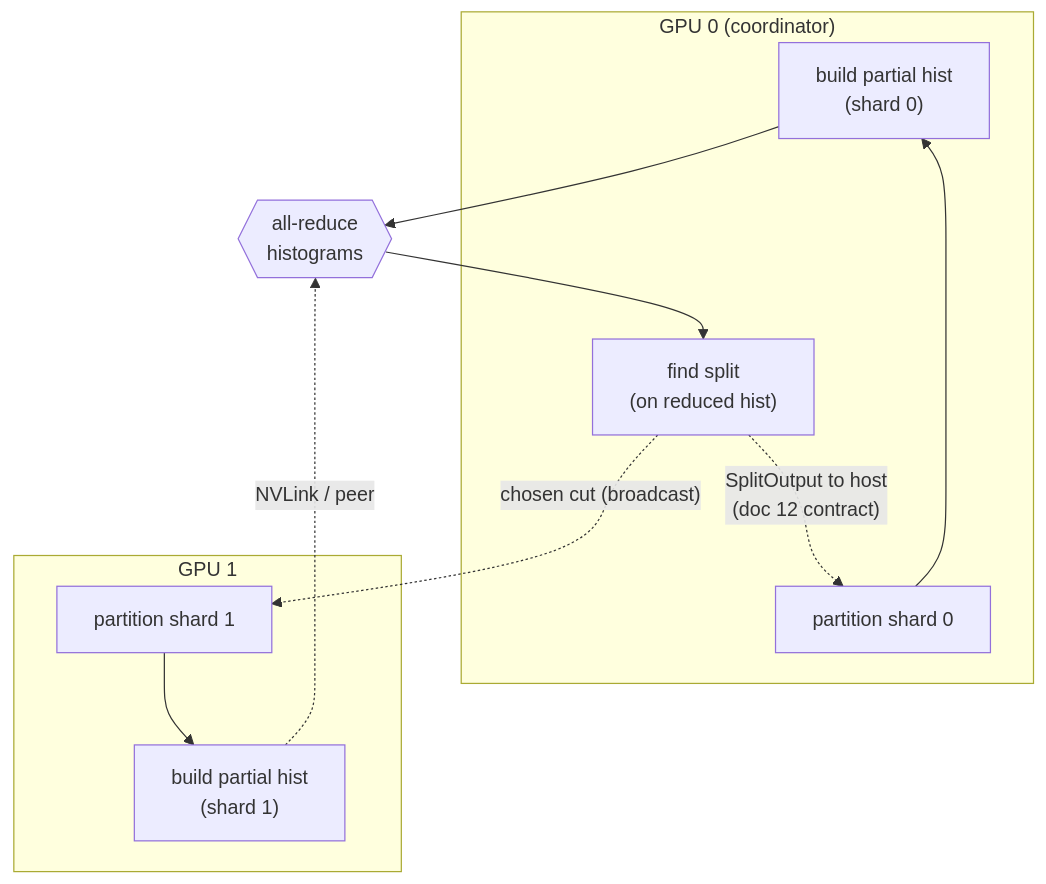
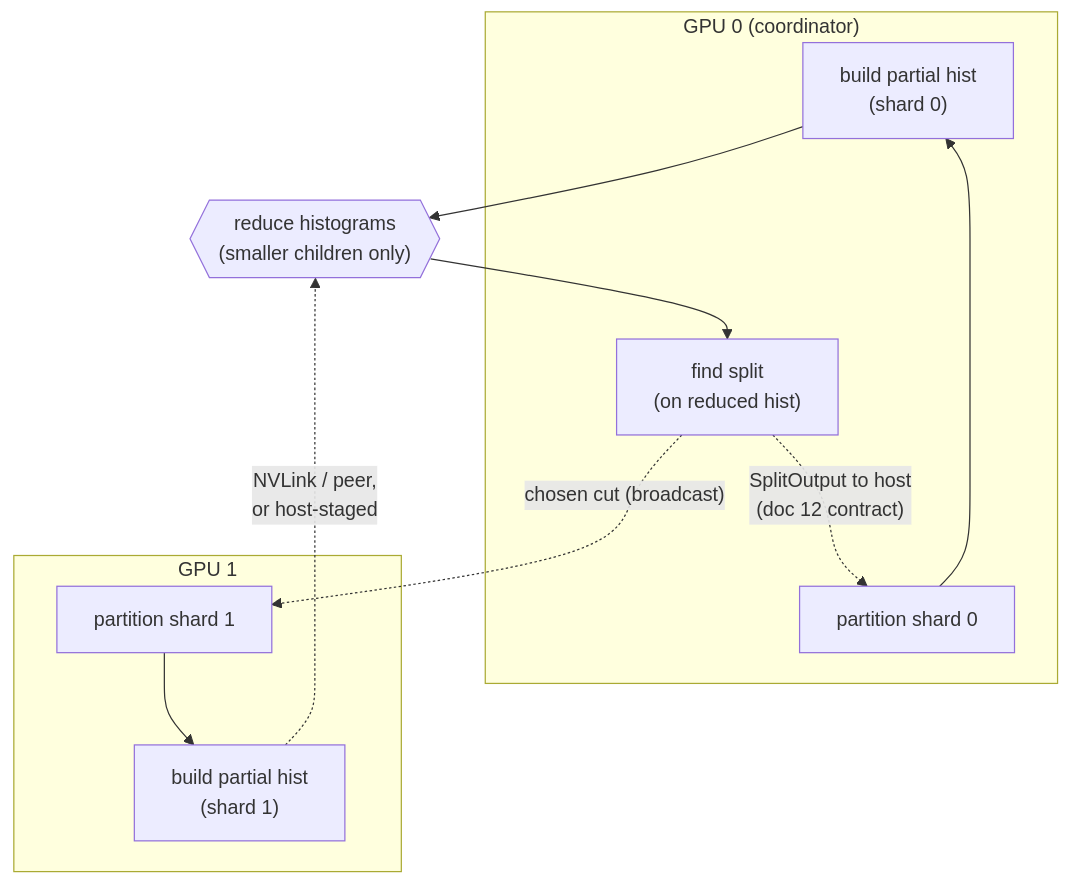
Before and after one commit to daniel-m-campos/bonsai: the diagram in docs/architecture/19-multi-gpu.md, drawn with Mermaid. The commit also changed other lines of this file, not shown here.

First line of the commit message:
docs(architecture): doc 19 review amendments, reduce-not-all-reduce + no-P2P fallback + validation hardware

````diff
--- a/docs/architecture/19-multi-gpu.md
+++ b/docs/architecture/19-multi-gpu.md
@@ -28,19 +30,19 @@
 ```mermaid
 flowchart TD
     subgraph d0 ["GPU 0 (coordinator)"]
         B0["build partial hist\n(shard 0)"]
         F0["find split\n(on reduced hist)"]
         P0["partition shard 0"]
     end
     subgraph d1 ["GPU 1"]
         B1["build partial hist\n(shard 1)"]
         P1["partition shard 1"]
     end
-    B0 --> AR{{"all-reduce\nhistograms"}}
-    B1 -. "NVLink / peer" .-> AR
+    B0 --> AR{{"reduce histograms\n(smaller children only)"}}
+    B1 -. "NVLink / peer,\nor host-staged" .-> AR
     AR --> F0
     F0 -. "SplitOutput to host\n(doc 12 contract)" .-> P0
     F0 -. "chosen cut (broadcast)" .-> P1
     P0 --> B0
     P1 --> B1
 ```
````
